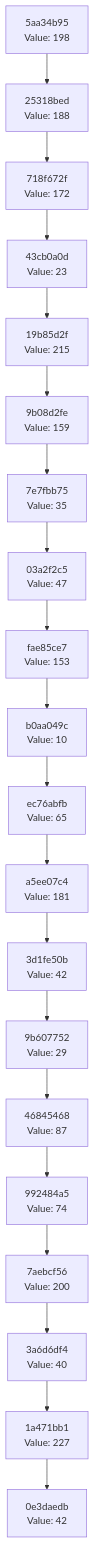
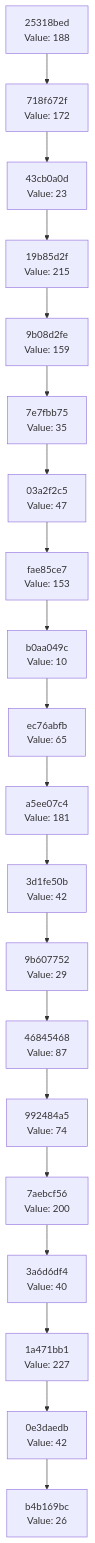
Before and after one commit to Abhisheksinha1506/hash-chain-evolver: the diagram in docs/CHAIN_VISUALIZATION.md, drawn with Mermaid. The commit also changed 3 other files, not shown here.

````diff
--- a/docs/CHAIN_VISUALIZATION.md
+++ b/docs/CHAIN_VISUALIZATION.md
@@ -3,42 +3,42 @@
 ```mermaid
 graph TD
-    C0["0e3daedb<br/>Value: 42"]
-    C1["1a471bb1<br/>Value: 227"]
+    C0["b4b169bc<br/>Value: 26"]
+    C1["0e3daedb<br/>Value: 42"]
     C1 --> C0
-    C2["3a6d6df4<br/>Value: 40"]
+    C2["1a471bb1<br/>Value: 227"]
     C2 --> C1
-    C3["7aebcf56<br/>Value: 200"]
+    C3["3a6d6df4<br/>Value: 40"]
     C3 --> C2
-    C4["992484a5<br/>Value: 74"]
+    C4["7aebcf56<br/>Value: 200"]
     C4 --> C3
-    C5["46845468<br/>Value: 87"]
+    C5["992484a5<br/>Value: 74"]
     C5 --> C4
-    C6["9b607752<br/>Value: 29"]
+    C6["46845468<br/>Value: 87"]
     C6 --> C5
-    C7["3d1fe50b<br/>Value: 42"]
+    C7["9b607752<br/>Value: 29"]
     C7 --> C6
-    C8["a5ee07c4<br/>Value: 181"]
+    C8["3d1fe50b<br/>Value: 42"]
     C8 --> C7
-    C9["ec76abfb<br/>Value: 65"]
+    C9["a5ee07c4<br/>Value: 181"]
     C9 --> C8
-    C10["b0aa049c<br/>Value: 10"]
+    C10["ec76abfb<br/>Value: 65"]
     C10 --> C9
-    C11["fae85ce7<br/>Value: 153"]
+    C11["b0aa049c<br/>Value: 10"]
     C11 --> C10
-    C12["03a2f2c5<br/>Value: 47"]
+    C12["fae85ce7<br/>Value: 153"]
     C12 --> C11
-    C13["7e7fbb75<br/>Value: 35"]
+    C13["03a2f2c5<br/>Value: 47"]
     C13 --> C12
-    C14["9b08d2fe<br/>Value: 159"]
+    C14["7e7fbb75<br/>Value: 35"]
     C14 --> C13
-    C15["19b85d2f<br/>Value: 215"]
+    C15["9b08d2fe<br/>Value: 159"]
     C15 --> C14
-    C16["43cb0a0d<br/>Value: 23"]
+    C16["19b85d2f<br/>Value: 215"]
     C16 --> C15
-    C17["718f672f<br/>Value: 172"]
+    C17["43cb0a0d<br/>Value: 23"]
     C17 --> C16
-    C18["25318bed<br/>Value: 188"]
+    C18["718f672f<br/>Value: 172"]
     C18 --> C17
-    C19["5aa34b95<br/>Value: 198"]
+    C19["25318bed<br/>Value: 188"]
     C19 --> C18
 ```
````
